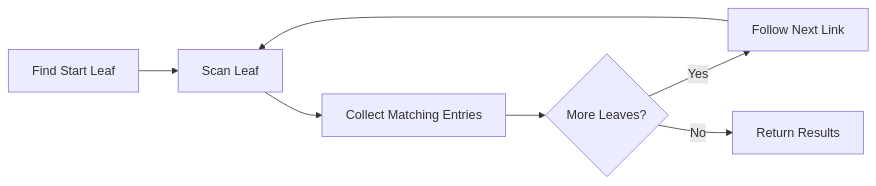
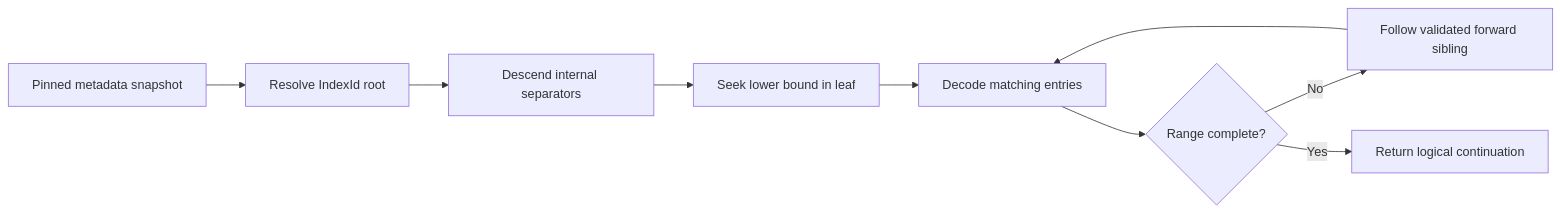
Before and after one commit to nexepic/zyx: the second of 3 diagrams in docs/apps/docs/content/docs/zh/zyx/algorithms/btree-indexing.mdx, drawn with Mermaid. The commit also changed other lines of this file and 740 other files, not shown here.

````diff
--- a/docs/apps/docs/content/docs/zh/zyx/algorithms/btree-indexing.mdx
+++ b/docs/apps/docs/content/docs/zh/zyx/algorithms/btree-indexing.mdx
@@ -294,9 +81,11 @@
 ```mermaid
-graph LR
-    A[Find Start Leaf] --> B[Scan Leaf]
-    B --> C[Collect Matching Entries]
-    C --> D{More Leaves?}
-    D -->|Yes| E[Follow Next Link]
-    E --> B
-    D -->|No| F[Return Results]
+flowchart LR
+    A["Pinned metadata snapshot"] --> B["Resolve IndexId root"]
+    B --> C["Descend internal separators"]
+    C --> D["Seek lower bound in leaf"]
+    D --> E["Decode matching entries"]
+    E --> F{"Range complete?"}
+    F -->|No| G["Follow validated forward sibling"]
+    G --> E
+    F -->|Yes| H["Return logical continuation"]
 ```
````
